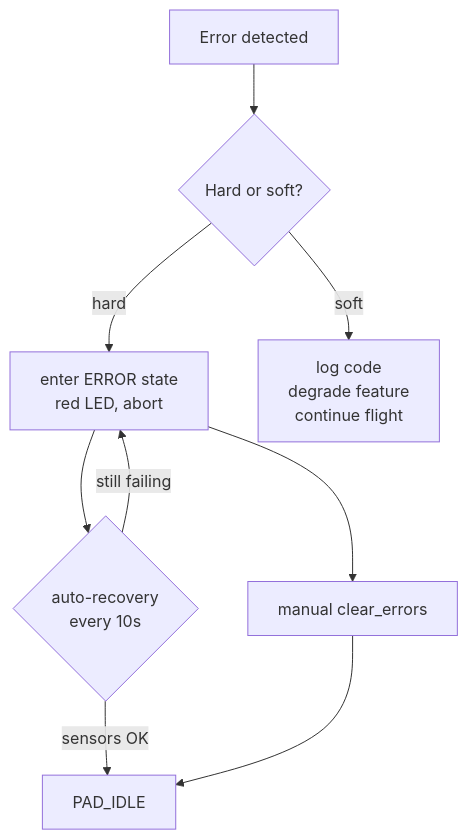
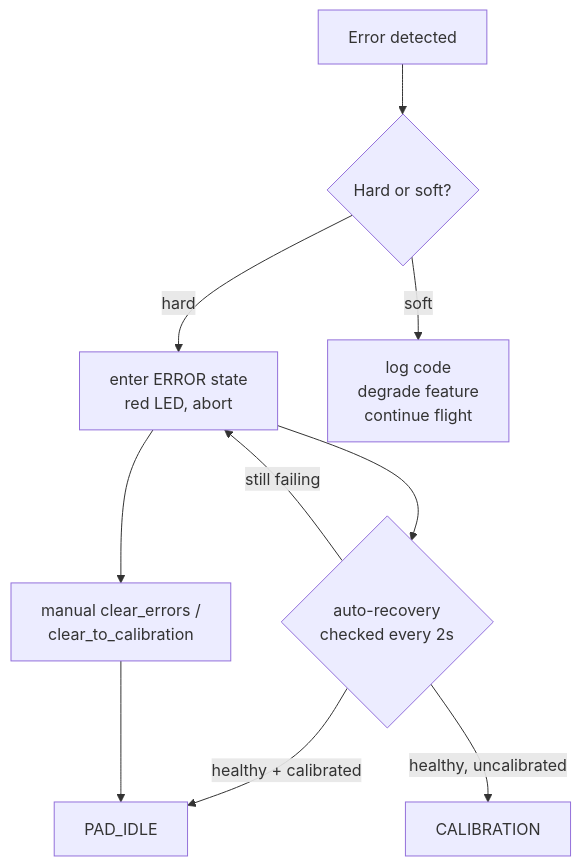
The diagram in wiki/entities/error-handling.md (madmonkey71/TripleT-Flight-Firmware), drawn with Mermaid before and after one commit. The commit also changed other lines of this file and 27 other files, not shown here.

````diff
--- a/wiki/entities/error-handling.md
+++ b/wiki/entities/error-handling.md
@@ -35,11 +35,12 @@
 ```mermaid
 flowchart TD
   E[Error detected] --> C{Hard or soft?}
   C -->|hard| H[enter ERROR state<br/>red LED, abort]
   C -->|soft| S[log code<br/>degrade feature<br/>continue flight]
-  H --> R{auto-recovery<br/>every 10s}
-  R -->|sensors OK| P[PAD_IDLE]
+  H --> R{auto-recovery<br/>checked every 2s}
+  R -->|healthy + calibrated| P[PAD_IDLE]
+  R -->|healthy, uncalibrated| K[CALIBRATION]
   R -->|still failing| H
-  H --> M[manual clear_errors]
+  H --> M[manual clear_errors /<br/>clear_to_calibration]
   M --> P
 ```
````
